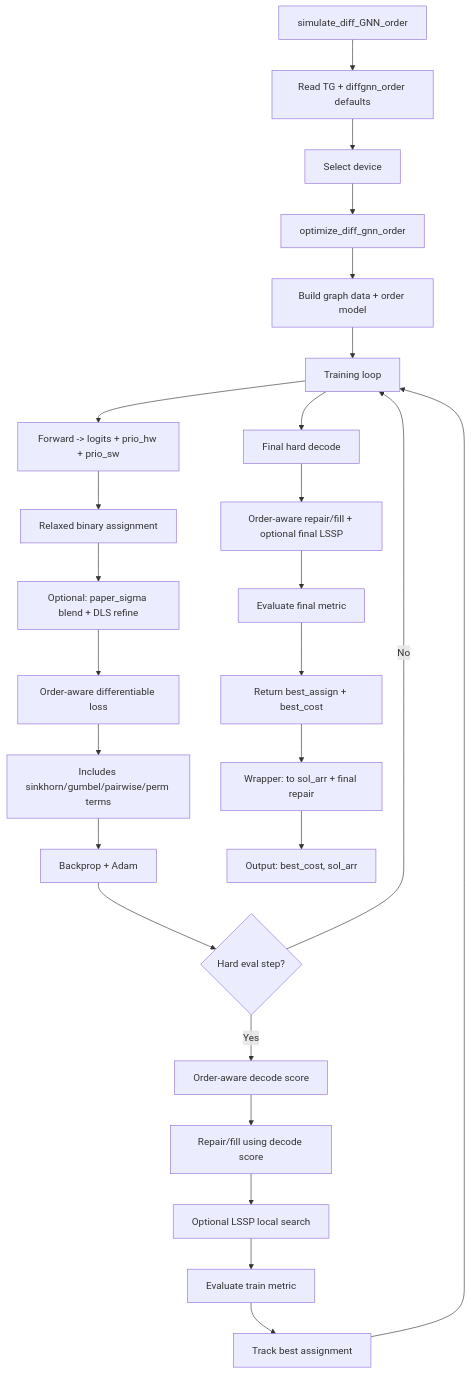
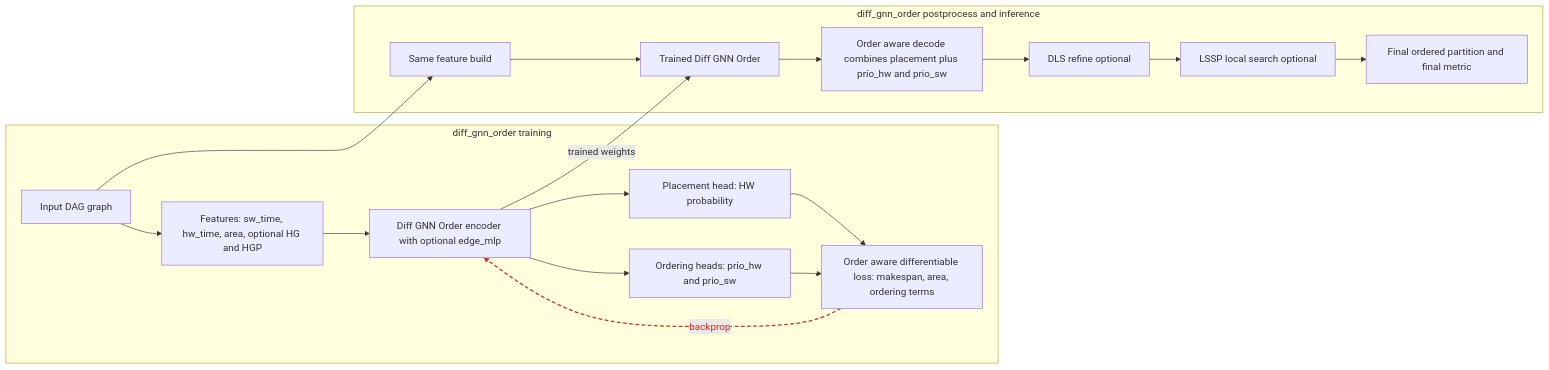
The second of 2 diagrams in ReadmeGNN.md (dmehrab06/hw-sw-partition-metaheur), drawn with Mermaid before and after one commit. The commit also changed other lines of this file, not shown here.

Commit message:
updated mermaid diagram

````diff
--- a/ReadmeGNN.md
+++ b/ReadmeGNN.md
@@ -102,32 +96,25 @@
 ```mermaid
-flowchart TD
-    A[simulate_diff_GNN_order] --> B[Read TG + diffgnn_order defaults]
-    B --> C[Select device]
-    C --> D[optimize_diff_gnn_order]
-    D --> E[Build graph data + order model]
+flowchart LR
+  subgraph T["diff_gnn_order training"]
+    IG[Input DAG graph] --> FEAT[Features: sw_time, hw_time, area, optional HG and HGP]
+    FEAT --> ENC[Diff GNN Order encoder with optional edge_mlp]
+    ENC --> PH[Placement head: HW probability]
+    ENC --> OH[Ordering heads: prio_hw and prio_sw]
+    PH --> OLOSS[Order aware differentiable loss: makespan, area, ordering terms]
+    OH --> OLOSS
+    OLOSS -.->|backprop| ENC
+  end
 
-    E --> F[Training loop]
-    F --> F1[Forward -> logits + prio_hw + prio_sw]
-    F1 --> F2[Relaxed binary assignment]
-    F2 --> F3[Optional: paper_sigma blend + DLS refine]
-    F3 --> F4[Order-aware differentiable loss]
-    F4 --> F5[Includes sinkhorn/gumbel/pairwise/perm terms]
-    F5 --> F6[Backprop + Adam]
+  subgraph I["diff_gnn_order postprocess and inference"]
+    IG --> FEATI[Same feature build]
+    FEATI --> ENCI[Trained Diff GNN Order]
+    ENC -->|trained weights| ENCI
+    ENCI --> ODEC[Order aware decode combines placement plus prio_hw and prio_sw]
+    ODEC --> DLS[DLS refine optional]
+    DLS --> LSSP[LSSP local search optional]
+    LSSP --> OUT[Final ordered partition and final metric]
+  end
 
-    F6 --> G{Hard eval step?}
-    G -- Yes --> H[Order-aware decode score]
-    H --> I[Repair/fill using decode score]
-    I --> J[Optional LSSP local search]
-    J --> K[Evaluate train metric]
-    K --> L[Track best assignment]
-    G -- No --> F
-    L --> F
-
-    F --> M[Final hard decode]
-    M --> N[Order-aware repair/fill + optional final LSSP]
-    N --> O[Evaluate final metric]
-    O --> P[Return best_assign + best_cost]
-    P --> Q[Wrapper: to sol_arr + final repair]
-    Q --> R[Output: best_cost, sol_arr]
+  linkStyle 6 stroke:#d62728,stroke-width:2px,stroke-dasharray:6 4,color:#d62728
 
 ```
````
